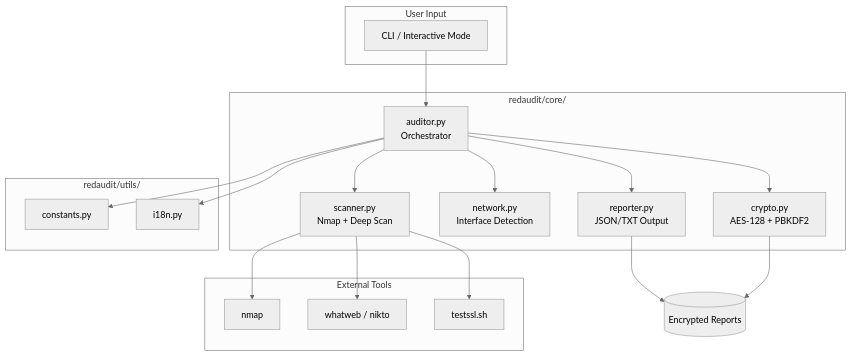
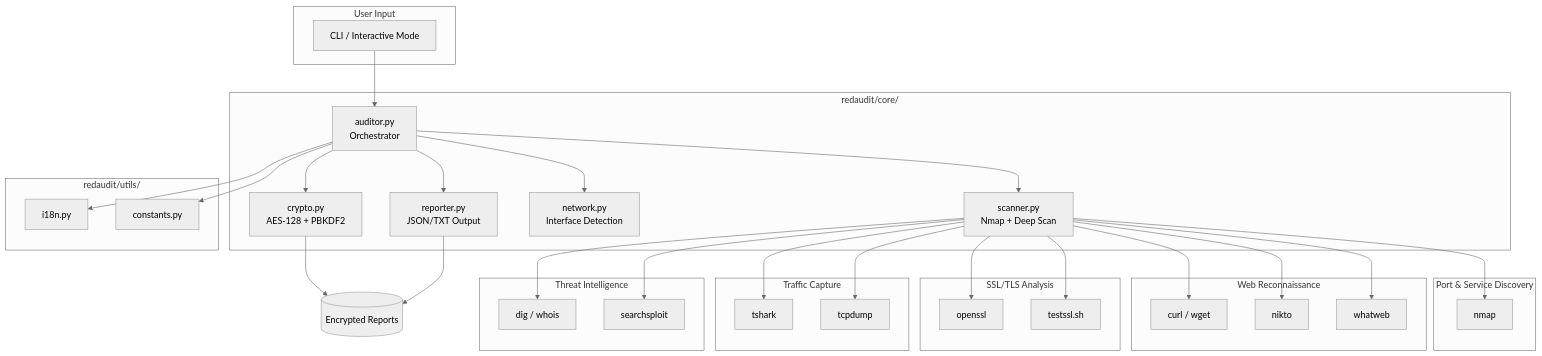
Before and after one commit to dorinbad/RedAudit: the diagram in README.md, drawn with Mermaid (neutral theme). The commit also changed 1 other file, not shown here.

Commit message:
docs: expand architecture diagram to show all 11 external tools
Grouped by function:
- Port Discovery: nmap
- Web Recon: whatweb, nikto, curl/wget
- SSL/TLS: testssl.sh, openssl
- Traffic: tcpdump, tshark
- Intel: searchsploit, dig/whois

````diff
--- a/README.md
+++ b/README.md
@@ -44,32 +44,55 @@
 ```mermaid
 flowchart TB
     subgraph Input["User Input"]
         A[CLI / Interactive Mode]
     end
     
     subgraph Core["redaudit/core/"]
         B[auditor.py<br/>Orchestrator]
         C[scanner.py<br/>Nmap + Deep Scan]
         D[network.py<br/>Interface Detection]
         E[reporter.py<br/>JSON/TXT Output]
         F[crypto.py<br/>AES-128 + PBKDF2]
     end
     
     subgraph Utils["redaudit/utils/"]
         G[constants.py]
         H[i18n.py]
     end
     
-    subgraph External["External Tools"]
+    subgraph Scanning["Port & Service Discovery"]
         I[nmap]
-        J[whatweb / nikto]
-        K[testssl.sh]
+    end
+    
+    subgraph WebAudit["Web Reconnaissance"]
+        J[whatweb]
+        K[nikto]
+        L[curl / wget]
+    end
+    
+    subgraph SSL["SSL/TLS Analysis"]
+        M[testssl.sh]
+        N[openssl]
+    end
+    
+    subgraph Traffic["Traffic Capture"]
+        O[tcpdump]
+        P[tshark]
+    end
+    
+    subgraph Intel["Threat Intelligence"]
+        Q[searchsploit]
+        R[dig / whois]
     end
     
     A --> B
     B --> C & D & E & F
-    C --> I & J & K
     B --> G & H
+    C --> I
+    C --> J & K & L
+    C --> M & N
+    C --> O & P
+    C --> Q & R
     E --> Output[(Encrypted Reports)]
     F --> Output
 ```
````
